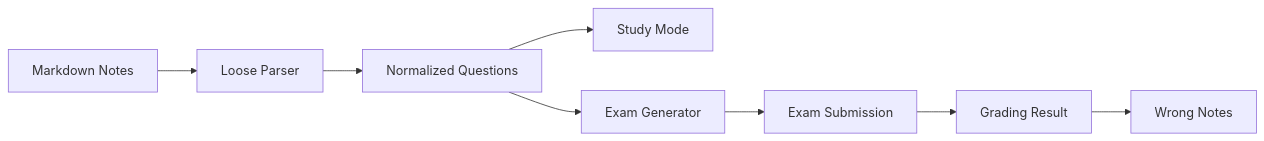
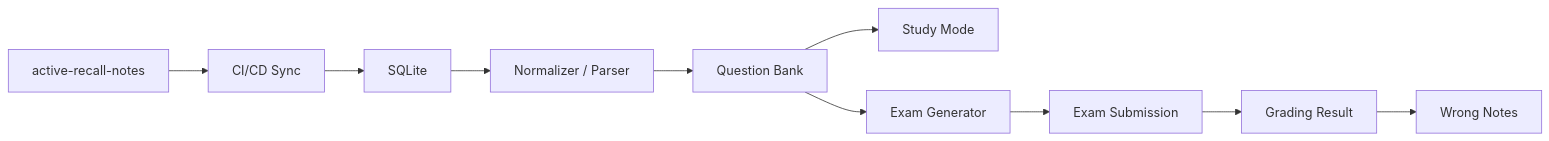
Before and after one commit to InryeolChoi/active-recall-quiz: the diagram in README.md, drawn with Mermaid. The commit also changed other lines of this file, not shown here.

Commit message:
docs: refresh README for external notes architecture

````diff
--- a/README.md
+++ b/README.md
@@ -48,10 +37,12 @@
 ```mermaid
 flowchart LR
-    A["Markdown Notes"] --> B["Loose Parser"]
-    B --> C["Normalized Questions"]
-    C --> D["Study Mode"]
-    C --> E["Exam Generator"]
-    E --> F["Exam Submission"]
-    F --> G["Grading Result"]
-    G --> H["Wrong Notes"]
+    A["active-recall-notes"] --> B["CI/CD Sync"]
+    B --> C["SQLite"]
+    C --> D["Normalizer / Parser"]
+    D --> E["Question Bank"]
+    E --> F["Study Mode"]
+    E --> G["Exam Generator"]
+    G --> H["Exam Submission"]
+    H --> I["Grading Result"]
+    I --> J["Wrong Notes"]
 ```
````
